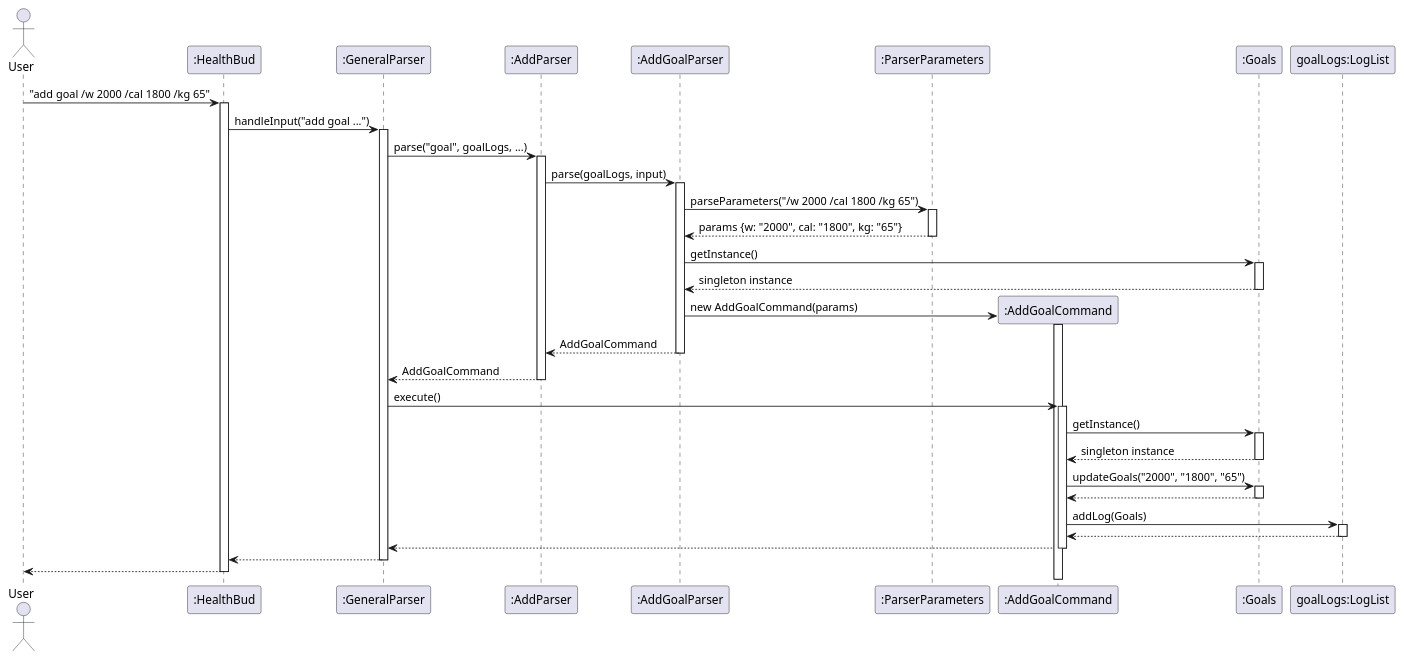
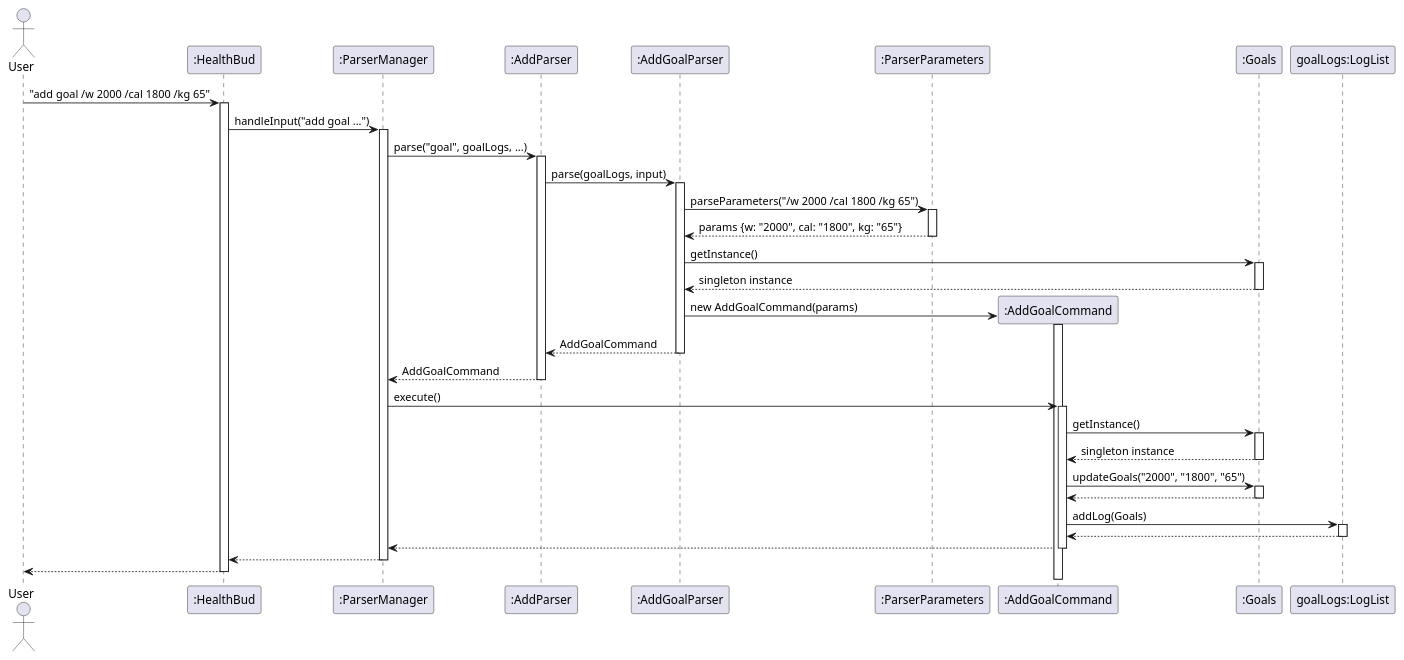
The diagram in docs/diagrams/GoalSD.puml (Jasonlobo21/tp), drawn with PlantUML before and after one commit.

Commit message:
change general parser to parsermanager

```diff
--- a/docs/diagrams/GoalSD.puml
+++ b/docs/diagrams/GoalSD.puml
@@ -1,69 +1,72 @@
 @startuml
 actor User
 participant ":HealthBud" as HealthBud
-participant ":GeneralParser" as GeneralParser
+participant ":ParserManager" as ParserManager
 participant ":AddParser" as AddParser
 participant ":AddGoalParser" as AddGoalParser
 participant ":ParserParameters" as ParserParameters
 participant ":AddGoalCommand" as AddGoalCommand
 participant ":Goals" as Goals
 participant "goalLogs:LogList" as LogList
 
 User -> HealthBud : "add goal /w 2000 /cal 1800 /kg 65"
 activate HealthBud
 
-HealthBud -> GeneralParser : handleInput("add goal ...")
-activate GeneralParser
+HealthBud -> ParserManager : handleInput("add goal ...")
+activate ParserManager
 
-GeneralParser -> AddParser : parse("goal", goalLogs, ...)
+ParserManager -> AddParser : parse("goal", goalLogs, ...)
 activate AddParser
 
 AddParser -> AddGoalParser : parse(goalLogs, input)
 activate AddGoalParser
 
 AddGoalParser -> ParserParameters : parseParameters("/w 2000 /cal 1800 /kg 65")
 activate ParserParameters
+
 ParserParameters --> AddGoalParser : params {w: "2000", cal: "1800", kg: "65"}
 deactivate ParserParameters
 
 AddGoalParser -> Goals : getInstance()
 activate Goals
+
 Goals --> AddGoalParser : singleton instance
 deactivate Goals
 
 create AddGoalCommand
 AddGoalParser -> AddGoalCommand : new AddGoalCommand(params)
 activate AddGoalCommand
 AddGoalParser --> AddParser : AddGoalCommand
 deactivate AddGoalParser
 
-AddParser --> GeneralParser : AddGoalCommand
+AddParser --> ParserManager : AddGoalCommand
 deactivate AddParser
 
-GeneralParser -> AddGoalCommand : execute()
+ParserManager -> AddGoalCommand : execute()
 activate AddGoalCommand
 
 AddGoalCommand -> Goals : getInstance()
 activate Goals
 Goals --> AddGoalCommand : singleton instance
 deactivate Goals
 
 AddGoalCommand -> Goals : updateGoals("2000", "1800", "65")
 activate Goals
 Goals --> AddGoalCommand
 deactivate Goals
 
 AddGoalCommand -> LogList : addLog(Goals)
 activate LogList
+
 LogList --> AddGoalCommand
 deactivate LogList
 
-AddGoalCommand --> GeneralParser
+AddGoalCommand --> ParserManager
 deactivate AddGoalCommand
 
-GeneralParser --> HealthBud
-deactivate GeneralParser
+ParserManager --> HealthBud
+deactivate ParserManager
 
 HealthBud --> User
 deactivate HealthBud
 @enduml
```
